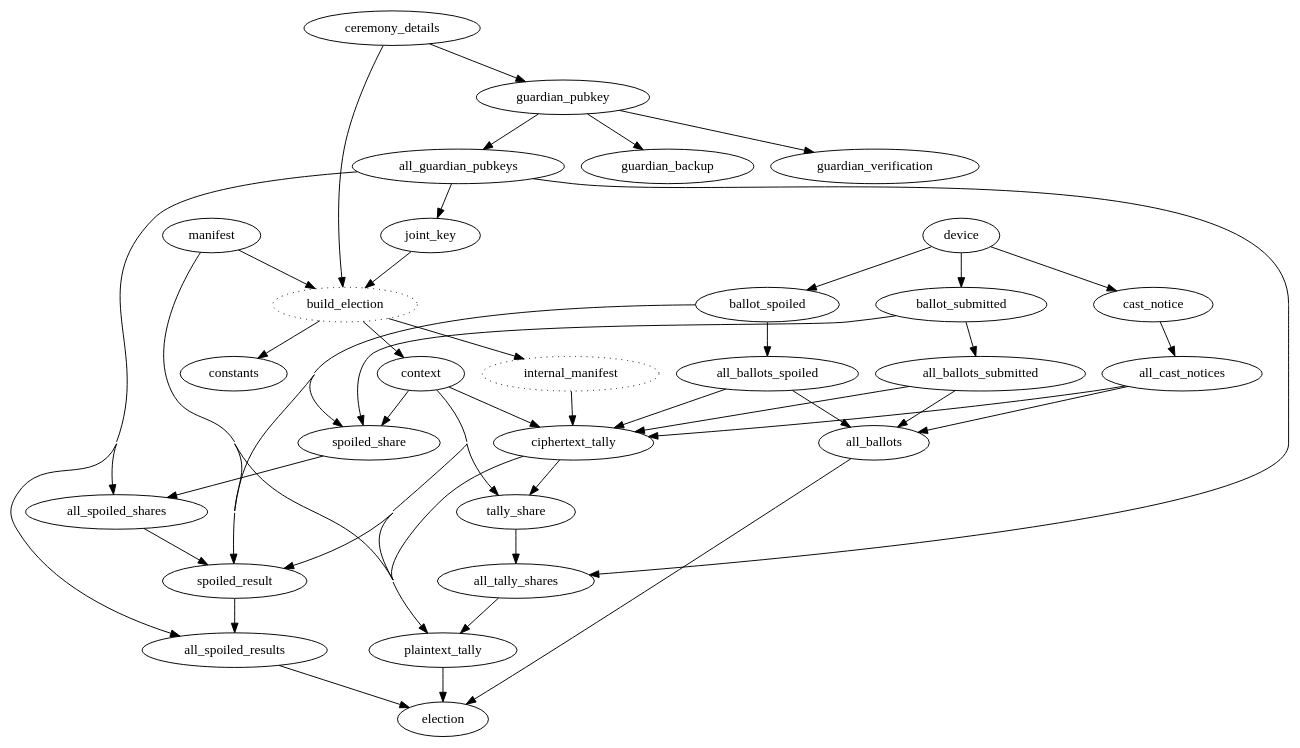
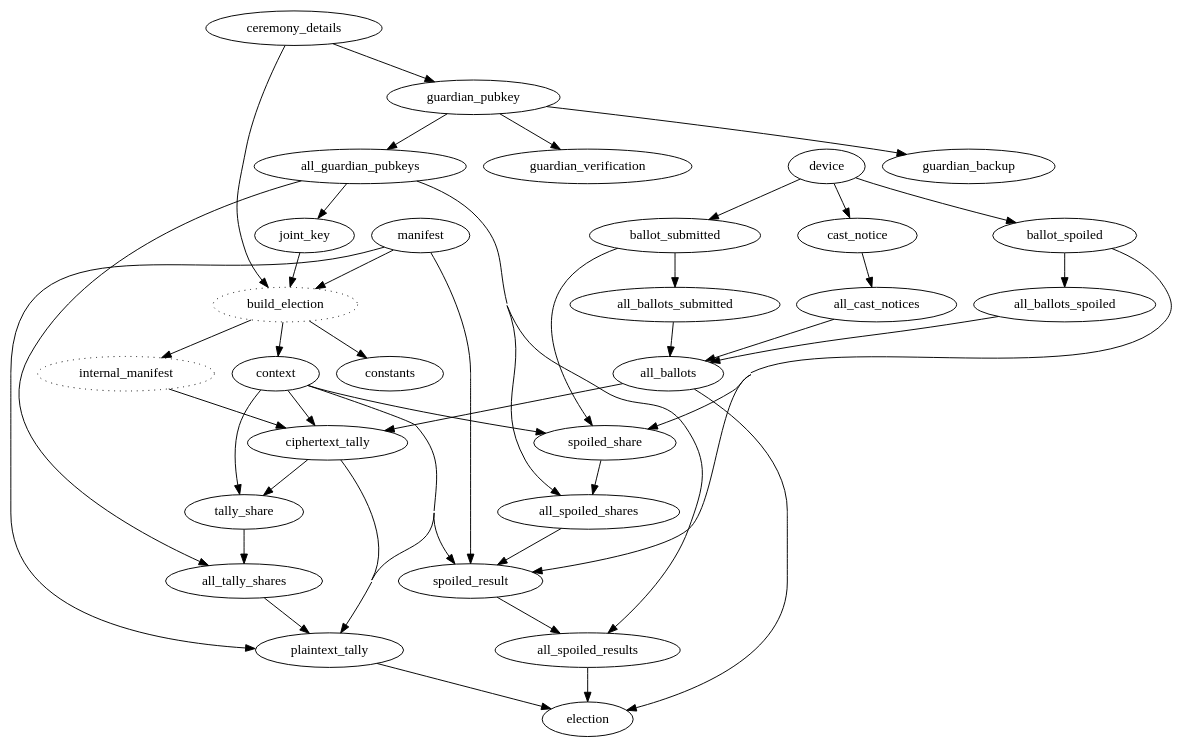
The diagram in milestone1/verifier/verifier_deps.dot (jefdaj/electionguard-cardano), drawn with Graphviz before and after one commit. The commit also changed 1 other file, not shown here.

```diff
--- a/milestone1/verifier/verifier_deps.dot
+++ b/milestone1/verifier/verifier_deps.dot
@@ -1,61 +1,61 @@
 digraph verifier_deps {
   concentrate=true
 
   # nodes from PUBLIC_RECORDS keys
   manifest
   ceremony_details
   guardian_pubkey
   guardian_backup # TODO remove? not sure whether these are considered public
   guardian_verification
   joint_key
   constants
   context
   device
   ballot_submitted
   cast_notice
   ballot_spoiled
   ciphertext_tally
   tally_share
   spoiled_share
   plaintext_tally
   spoiled_result
   # summary # TODO remove once moved to verify step
   election
 
   # "all" versions of things that are actually sets
   guardian_pubkey -> all_guardian_pubkeys
   ballot_submitted -> all_ballots_submitted
   ballot_spoiled -> all_ballots_spoiled
   cast_notice -> all_cast_notices
   {all_ballots_submitted,all_ballots_spoiled,all_cast_notices} -> all_ballots # TODO all_ballots_spoiled not needed here?
   {all_guardian_pubkeys, spoiled_share} -> all_spoiled_shares
   {all_guardian_pubkeys, spoiled_result} -> all_spoiled_results
   {all_guardian_pubkeys, tally_share} -> all_tally_shares
 
   # misc other nodes added manually
   build_election [style=dotted]    # not really a dep, but makes it cleaner # TODO remove?
   internal_manifest [style=dotted] # not serializable; have to build_election each time
   # TODO verify? (the new 4_verify outputs. not sure if useful bc will depend on all other nodes)
 
   # dependenencies from guardian.py
   ceremony_details -> guardian_pubkey -> guardian_backup
   guardian_pubkey -> guardian_verification # TODO remove? it really depends on the *cardano* wallet key right?
   all_guardian_pubkeys -> joint_key
   {ciphertext_tally,context} -> tally_share
   {context,ballot_submitted,ballot_spoiled} -> spoiled_share
   
 
   # dependencies from device.py
   device -> {ballot_submitted,ballot_spoiled,cast_notice}
 
   # dependenencies from admin.py
   {manifest,ceremony_details,joint_key} -> build_election -> {constants,internal_manifest,context}
-  {internal_manifest,context,all_ballots_submitted,all_cast_notices,all_ballots_spoiled} -> ciphertext_tally
+  {internal_manifest,context,all_ballots} -> ciphertext_tally
   {manifest,context,all_tally_shares,ciphertext_tally} -> plaintext_tally
   {manifest,context,all_spoiled_shares,ballot_spoiled} -> spoiled_result
 
   # overall election cerfification/verification
   # TODO is this how people will see it? or will they only require the plaintext_tally?
   # (either way, this is the way to get the code working first)
   {all_ballots,all_spoiled_results,plaintext_tally} -> election
 }
```
